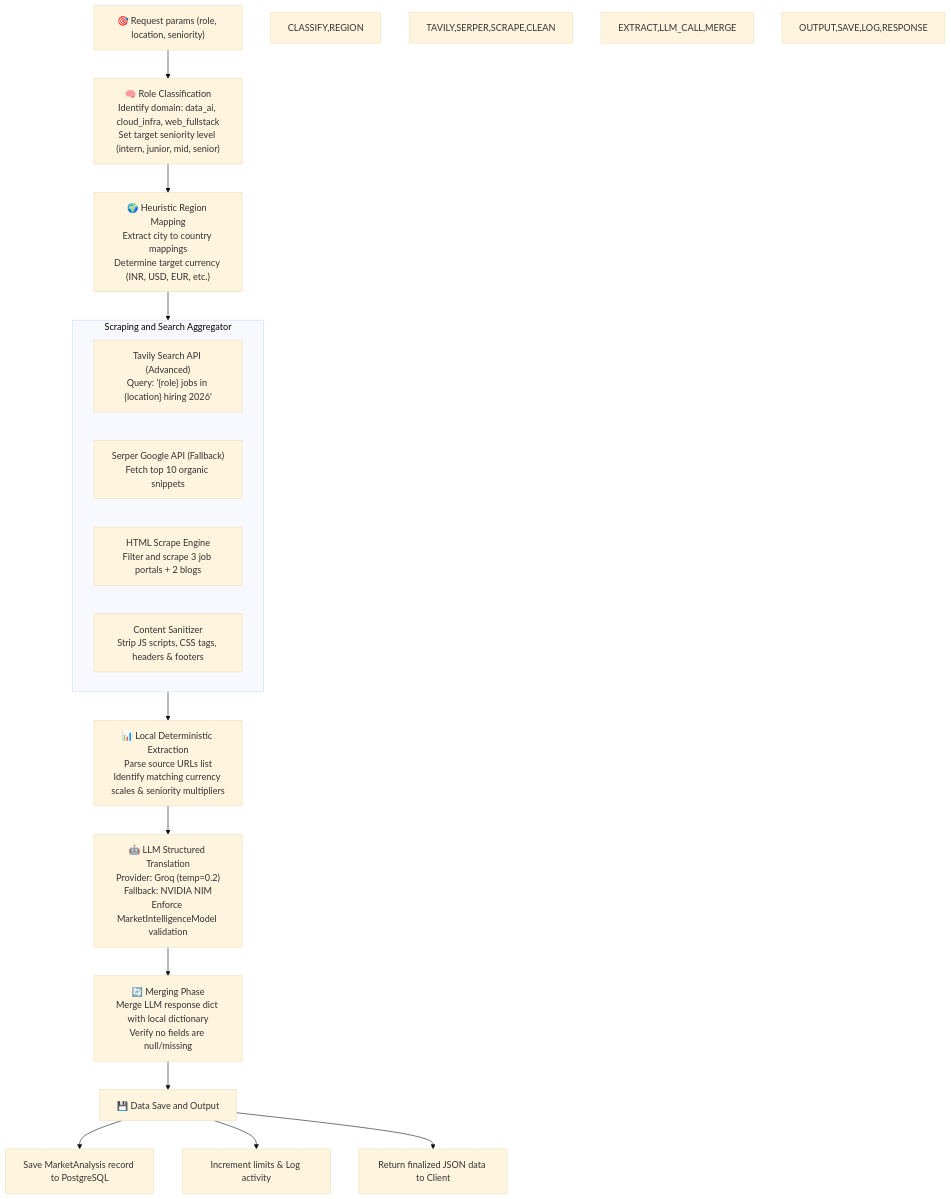
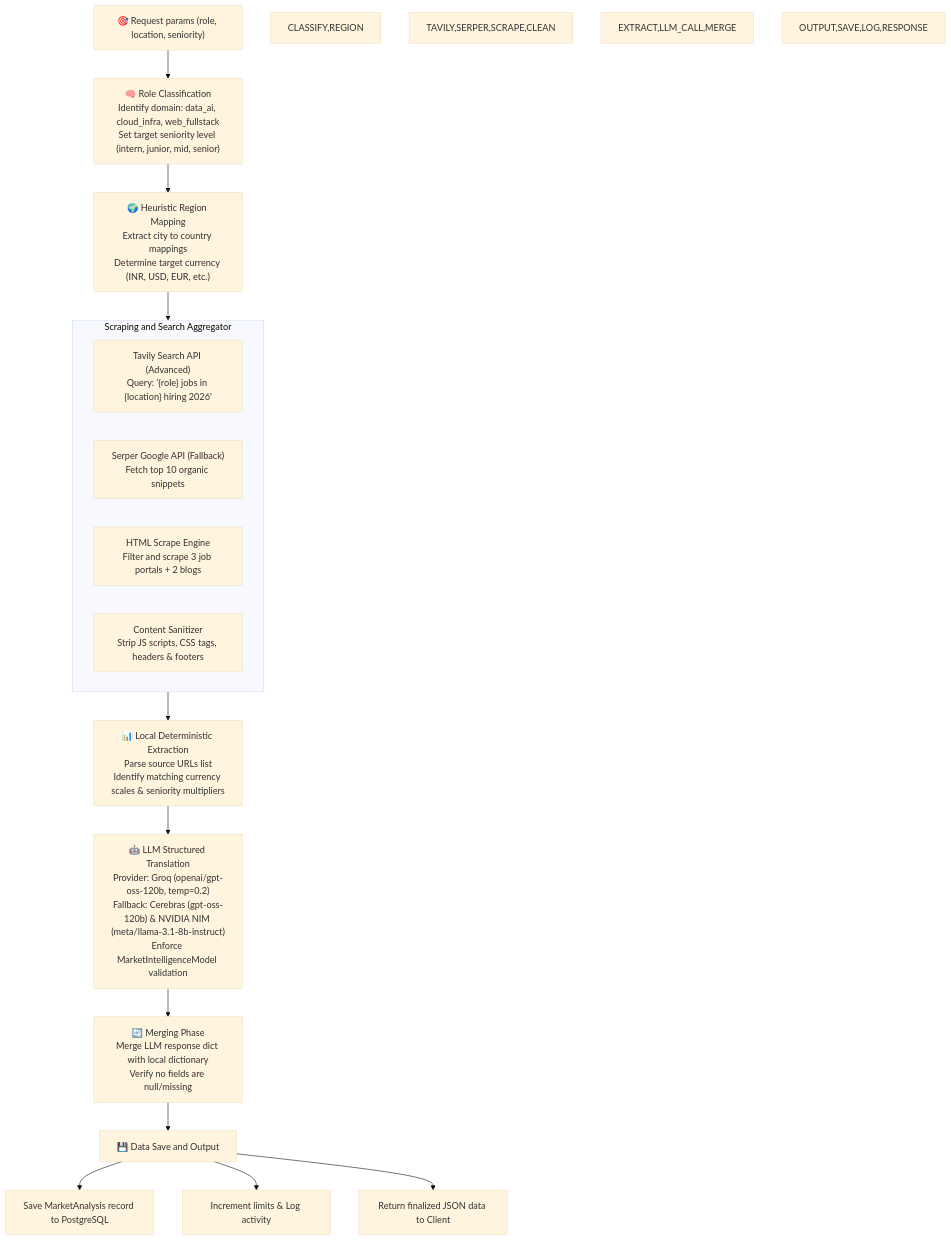
Before and after one commit to Anil-Pradhan-web/ai-career-mentor: diagram 23 of 33 in documentation/ARCHITECTURE.md, drawn with Mermaid (base theme). The commit also changed other lines of this file and 6 other files, not shown here.

Commit message:
docs: upgrade system architecture diagrams and align default model configurations

````diff
--- a/documentation/ARCHITECTURE.md
+++ b/documentation/ARCHITECTURE.md
@@ -1272,41 +1274,41 @@
 ```mermaid
 flowchart TD
     classDef input fill:#818cf8,color:#fff,stroke:#6366f1
     classDef search fill:#06b6d4,color:#fff,stroke:#0891b2
     classDef process fill:#f59e0b,color:#fff,stroke:#d97706
     classDef llm fill:#7c3aed,color:#fff,stroke:#a78bfa
     classDef output fill:#34d399,color:#fff,stroke:#10b981
 
     INPUT["🎯 Request params (role, location, seniority)"]
     
     INPUT --> CLASSIFY["🧠 Role Classification<br/>Identify domain: data_ai, cloud_infra, web_fullstack<br/>Set target seniority level (intern, junior, mid, senior)"]
     
     CLASSIFY --> REGION["🌍 Heuristic Region Mapping<br/>Extract city to country mappings<br/>Determine target currency (INR, USD, EUR, etc.)"]
     
     REGION --> SEARCH["🔍 Executing Search Queries"]
     
     subgraph SEARCH [Scraping and Search Aggregator]
         TAVILY["Tavily Search API (Advanced)<br/>Query: '{role} jobs in {location} hiring 2026'"]
         SERPER["Serper Google API (Fallback)<br/>Fetch top 10 organic snippets"]
         SCRAPE["HTML Scrape Engine<br/>Filter and scrape 3 job portals + 2 blogs"]
         CLEAN["Content Sanitizer<br/>Strip JS scripts, CSS tags, headers & footers"]
     end
     
     SEARCH --> EXTRACT["📊 Local Deterministic Extraction<br/>Parse source URLs list<br/>Identify matching currency scales & seniority multipliers"]
     
-    EXTRACT --> LLM_CALL["🤖 LLM Structured Translation<br/>Provider: Groq (temp=0.2)<br/>Fallback: NVIDIA NIM<br/>Enforce MarketIntelligenceModel validation"]
+    EXTRACT --> LLM_CALL["🤖 LLM Structured Translation<br/>Provider: Groq (openai/gpt-oss-120b, temp=0.2)<br/>Fallback: Cerebras (gpt-oss-120b) & NVIDIA NIM (meta/llama-3.1-8b-instruct)<br/>Enforce MarketIntelligenceModel validation"]
     
     LLM_CALL --> MERGE["🔄 Merging Phase<br/>Merge LLM response dict with local dictionary<br/>Verify no fields are null/missing"]
     
     MERGE --> OUTPUT["💾 Data Save and Output"]
     
     OUTPUT --> SAVE["Save MarketAnalysis record to PostgreSQL"]
     OUTPUT --> LOG["Increment limits & Log activity"]
     OUTPUT --> RESPONSE["Return finalized JSON data to Client"]
 
     style INPUT input
     style CLASSIFY,REGION process
     style TAVILY,SERPER,SCRAPE,CLEAN search
     style EXTRACT,LLM_CALL,MERGE llm
     style OUTPUT,SAVE,LOG,RESPONSE output
 ```
````
